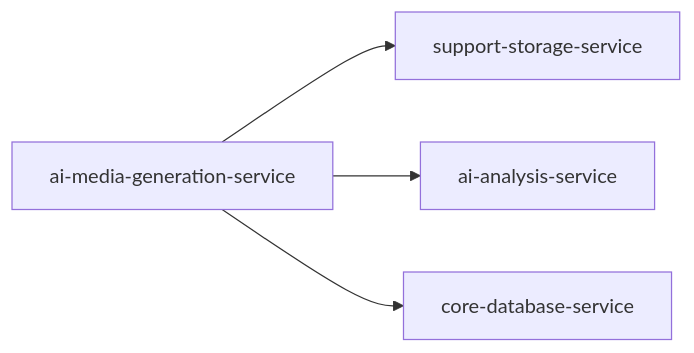
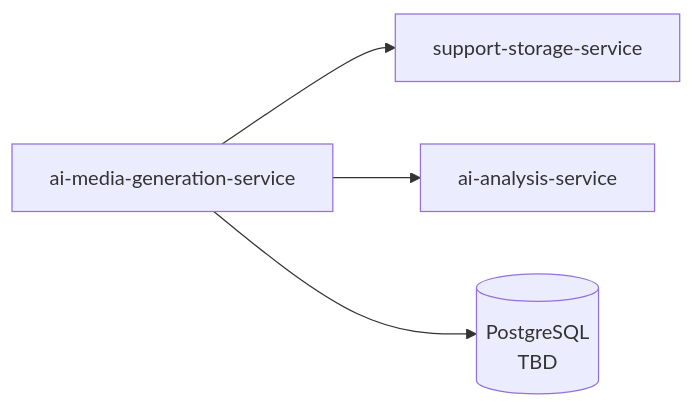
The second of 5 diagrams in microservices/ai-media-generation-service.md (VisioBook-ESP/docs-architecture), drawn with Mermaid before and after one commit. The commit also changed other lines of this file and 15 other files, not shown here.

````diff
--- a/microservices/ai-media-generation-service.md
+++ b/microservices/ai-media-generation-service.md
@@ -333,6 +333,6 @@
 ```mermaid
 graph LR
     MEDIA[ai-media-generation-service] --> STORAGE[support-storage-service]
     MEDIA --> AI[ai-analysis-service]
-    MEDIA --> DB[core-database-service]
+    MEDIA --> PG[(PostgreSQL<br/>TBD)]
 ```
````
